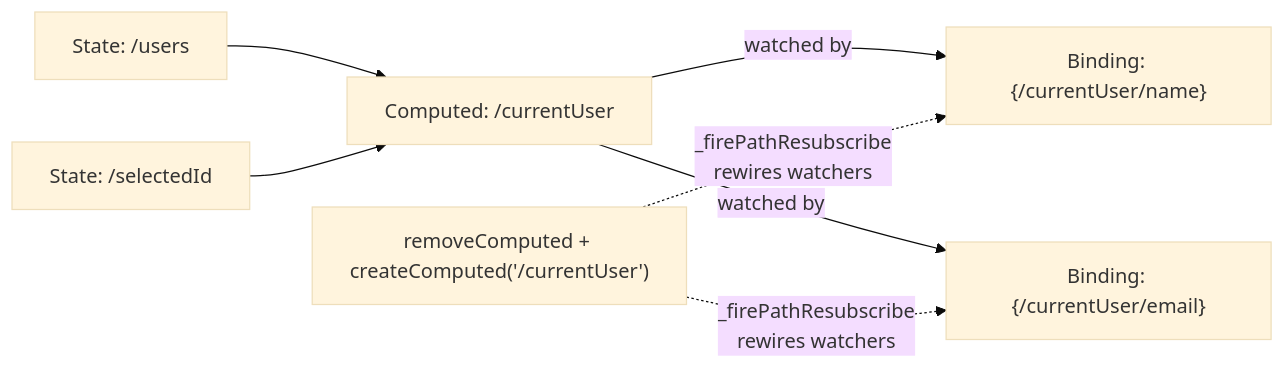
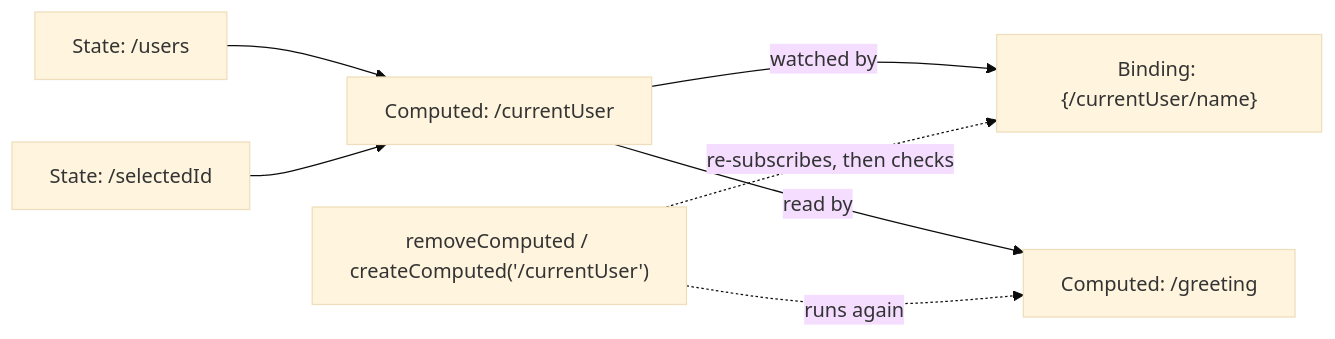
Before and after one commit to wridgeu/ui5-lib-signal-model: the diagram in packages/lib/README.md, drawn with Mermaid (base theme). The commit also changed other lines of this file and 7 other files, not shown here.

````diff
--- a/packages/lib/README.md
+++ b/packages/lib/README.md
@@ -214,9 +219,9 @@
 ```mermaid
 flowchart LR
   S1["State: /users"] --> C1["Computed: /currentUser"]
   S2["State: /selectedId"] --> C1
   C1 -->|"watched by"| B1["Binding: {/currentUser/name}"]
-  C1 -->|"watched by"| B2["Binding: {/currentUser/email}"]
-  Redef["removeComputed + createComputed('/currentUser')"] -.->|"_firePathResubscribe<br/>rewires watchers"| B1
-  Redef -.->|"_firePathResubscribe<br/>rewires watchers"| B2
+  C1 -->|"read by"| D1["Computed: /greeting"]
+  Redef["removeComputed / createComputed('/currentUser')"] -.->|"re-subscribes, then checks"| B1
+  Redef -.->|"runs again"| D1
 ```
````
